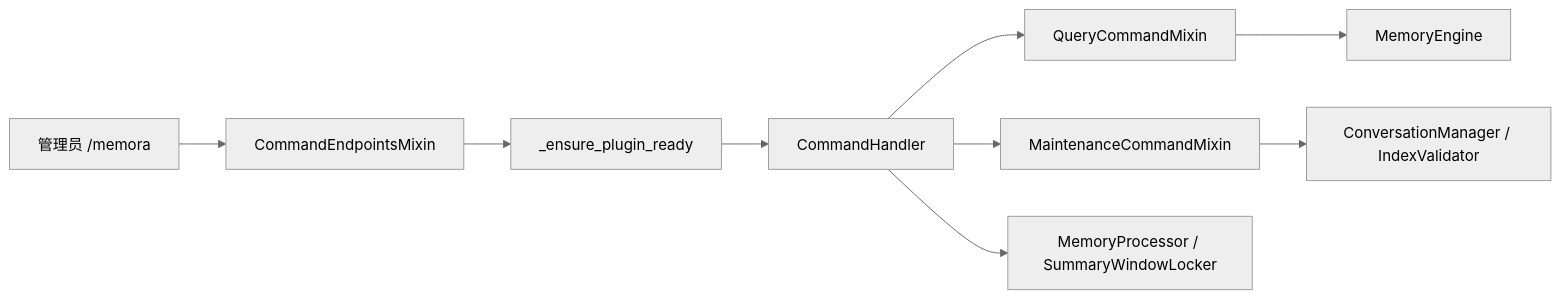
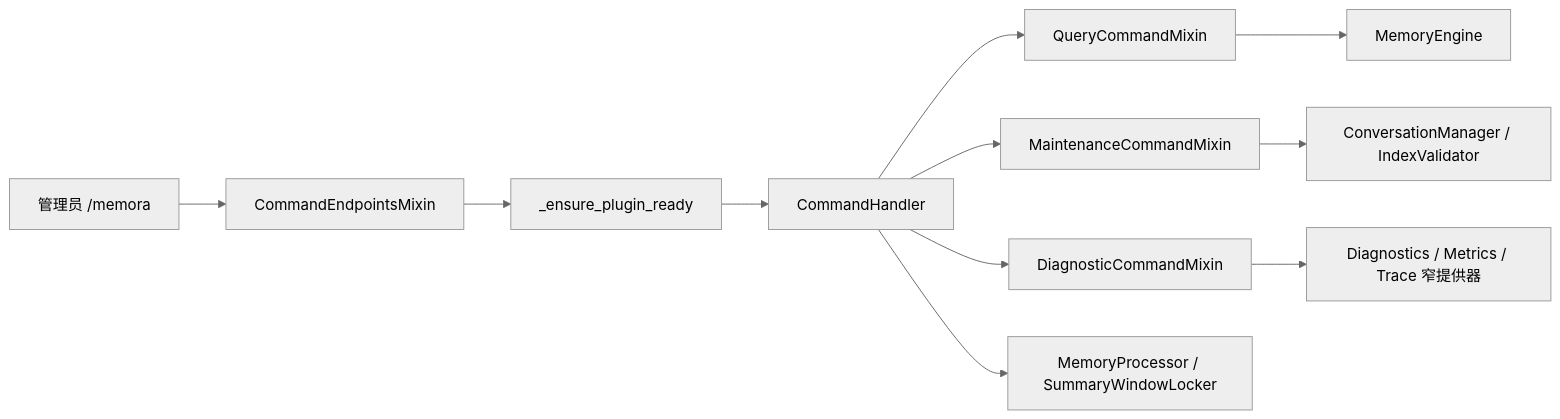
One commit to INSide-734/astrbot_plugin_memora changed the diagram in core/commands/AGENTS.md. Above: the diagram before and after it, drawn with Mermaid (neutral theme). The commit also changed other lines of this file and 15 other files, not shown here.

````diff
--- a/core/commands/AGENTS.md
+++ b/core/commands/AGENTS.md
@@ -13,11 +13,13 @@
 ```mermaid
 flowchart LR
     ADMIN[管理员 /memora] --> EP[CommandEndpointsMixin]
     EP --> READY[_ensure_plugin_ready]
     READY --> CH[CommandHandler]
     CH --> Q[QueryCommandMixin]
     CH --> M[MaintenanceCommandMixin]
+    CH --> D[DiagnosticCommandMixin]
     Q --> ENGINE[MemoryEngine]
     M --> STORE[ConversationManager / IndexValidator]
+    D --> PROVIDERS[Diagnostics / Metrics / Trace 窄提供器]
     CH --> PROC[MemoryProcessor / SummaryWindowLocker]
 ```
````
